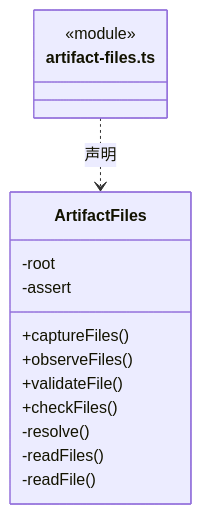
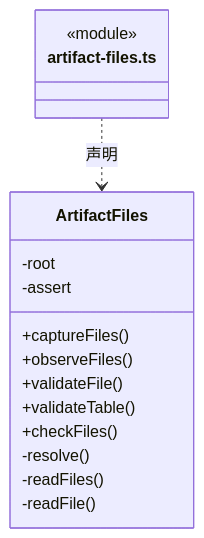
Before and after one commit to nan023062/cbim: the second of 20 diagrams in src/backend/main/platform/ARCHITECTURE.md, drawn with Mermaid. The commit also changed other lines of this file and 53 other files, not shown here.

````diff
--- a/src/backend/main/platform/ARCHITECTURE.md
+++ b/src/backend/main/platform/ARCHITECTURE.md
@@ -39,18 +39,19 @@
 ```mermaid
 classDiagram
 class N_src_backend_main_platform_artifact_files_ts["artifact-files.ts"] {
   <<module>>
 }
 class N_src_backend_main_platform_artifact_files_ts_ArtifactFiles["ArtifactFiles"] {
   +captureFiles()
   +observeFiles()
   +validateFile()
+  +validateTable()
   +checkFiles()
   -root
   -assert
   -resolve()
   -readFiles()
   -readFile()
 }
 N_src_backend_main_platform_artifact_files_ts ..> N_src_backend_main_platform_artifact_files_ts_ArtifactFiles : 声明
 ```
````
